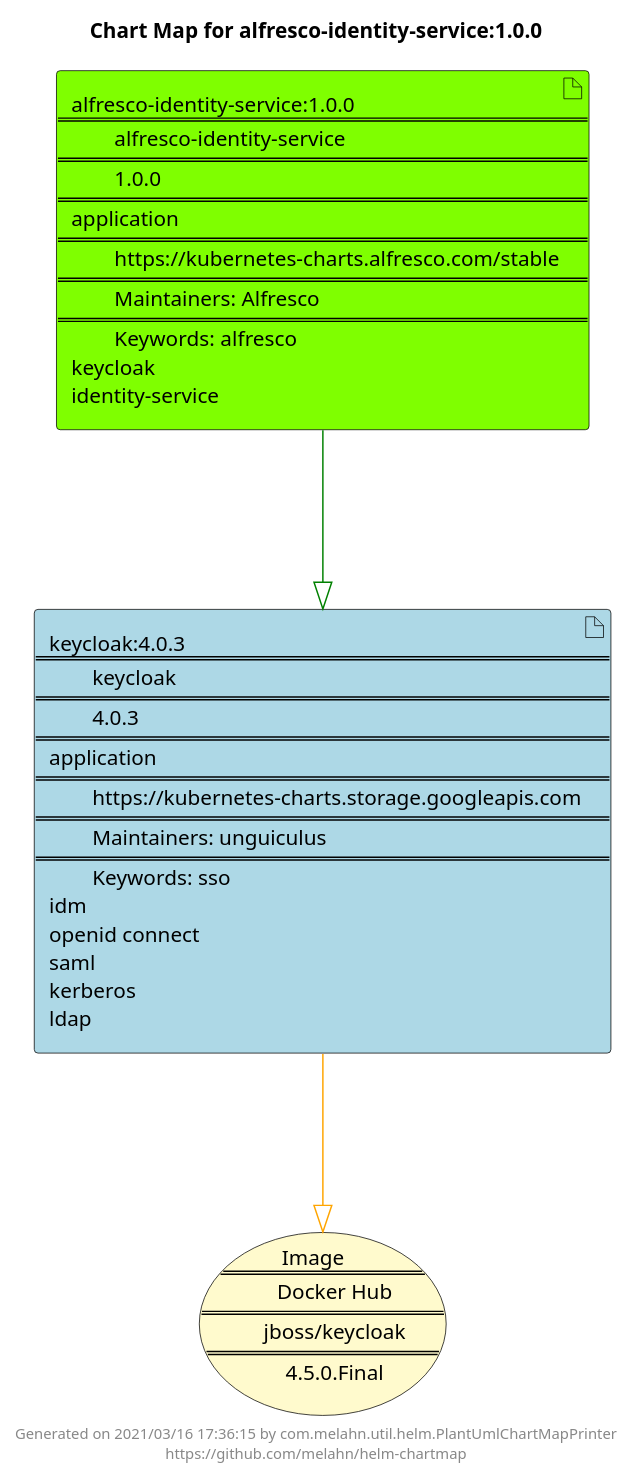
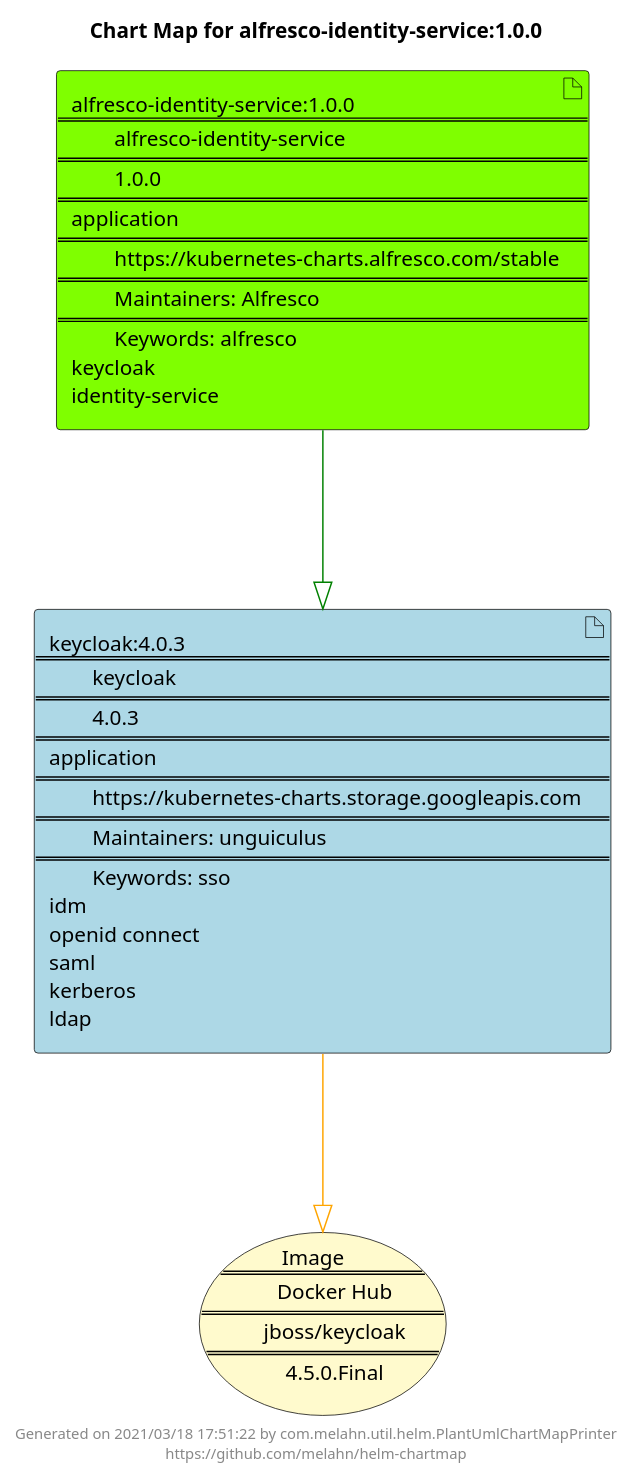
Before and after one commit to melahn/helm-chartmap: the diagram in docs/alfresco-identity-service/alfresco-identity-service-1.0.0.puml, drawn with PlantUML. The commit also changed 28 other files, not shown here.

```diff
--- a/docs/alfresco-identity-service/alfresco-identity-service-1.0.0.puml
+++ b/docs/alfresco-identity-service/alfresco-identity-service-1.0.0.puml
@@ -1,23 +1,23 @@
 @startuml
 skinparam linetype ortho
 skinparam backgroundColor white
 skinparam usecaseBorderColor black
 skinparam usecaseArrowColor LightSlateGray
 skinparam artifactBorderColor black
 skinparam artifactArrowColor LightSlateGray
 
 title Chart Map for alfresco-identity-service:1.0.0
 
 'There are 2 referenced Helm Charts
 artifact "keycloak:4.0.3\n====\n\tkeycloak\n====\n\t4.0.3\n====\napplication\n====\n\thttps://kubernetes-charts.storage.googleapis.com\n====\n\tMaintainers: unguiculus\n====\n\tKeywords: sso\nidm\nopenid connect\nsaml\nkerberos\nldap" as keycloak_4_0_3 #LightBlue
 artifact "alfresco-identity-service:1.0.0\n====\n\talfresco-identity-service\n====\n\t1.0.0\n====\napplication\n====\n\thttps://kubernetes-charts.alfresco.com/stable\n====\n\tMaintainers: Alfresco\n====\n\tKeywords: alfresco\nkeycloak\nidentity-service" as alfresco_identity_service_1_0_0 #Chartreuse
 
 'There is one referenced Docker Image
 usecase "Image\n====\n\tDocker Hub\n====\n\tjboss/keycloak\n====\n\t4.5.0.Final" as jboss_keycloak_4_5_0_Final #LemonChiffon
 
 'Chart Dependencies
 alfresco_identity_service_1_0_0--[#green]-|>keycloak_4_0_3
 keycloak_4_0_3--[#orange]-|>jboss_keycloak_4_5_0_Final
 
-center footer Generated on 2021/03/16 17:36:15 by com.melahn.util.helm.PlantUmlChartMapPrinter\nhttps://github.com/melahn/helm-chartmap
+center footer Generated on 2021/03/18 17:51:22 by com.melahn.util.helm.PlantUmlChartMapPrinter\nhttps://github.com/melahn/helm-chartmap
 @enduml
```
